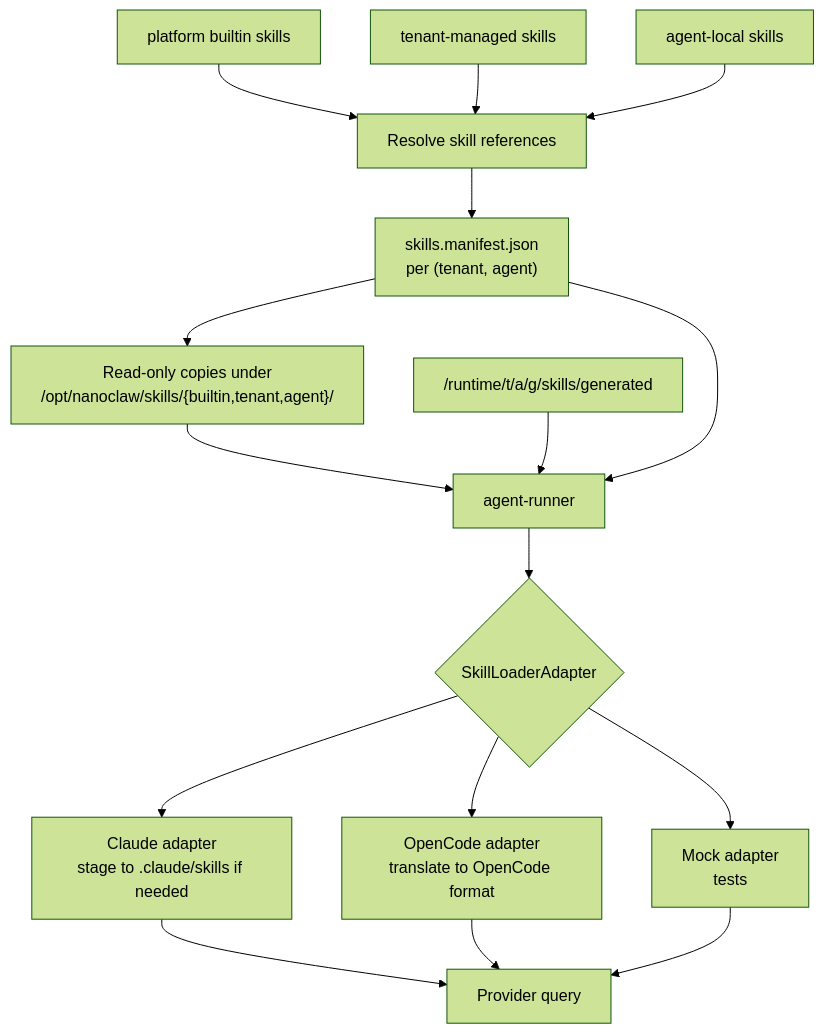
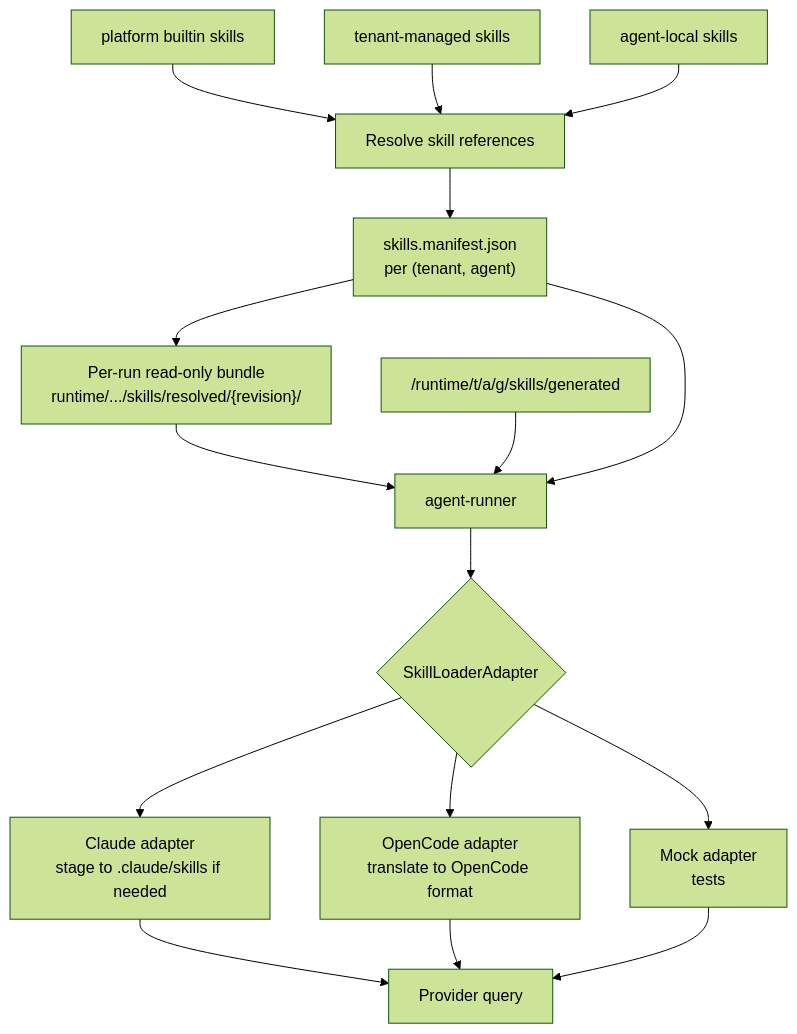
Before and after one commit to xi-qian/nanoclaw: the fifth of 6 diagrams in docs/runtime-rework/TARGET_ARCHITECTURE_DETAILS.md, drawn with Mermaid (forest theme). The commit also changed other lines of this file and 4 other files, not shown here.

````diff
--- a/docs/runtime-rework/TARGET_ARCHITECTURE_DETAILS.md
+++ b/docs/runtime-rework/TARGET_ARCHITECTURE_DETAILS.md
@@ -402,18 +428,18 @@
 ```mermaid
 flowchart TB
   Builtin["platform builtin skills"] --> Resolve["Resolve skill references"]
   Tenant["tenant-managed skills"] --> Resolve
   Agent["agent-local skills"] --> Resolve
   Resolve --> Manifest["skills.manifest.json<br/>per (tenant, agent)"]
-  Manifest --> Mounts["Read-only copies under<br/>/opt/nanoclaw/skills/{builtin,tenant,agent}/"]
-  Mounts --> Runner["agent-runner"]
+  Manifest --> Bundle["Per-run read-only bundle<br/>runtime/.../skills/resolved/{revision}/"]
+  Bundle --> Runner["agent-runner"]
   Generated["/runtime/t/a/g/skills/generated"] --> Runner
   Manifest --> Runner
   Runner --> Adapter{"SkillLoaderAdapter"}
   Adapter --> Claude["Claude adapter<br/>stage to .claude/skills if needed"]
   Adapter --> OpenCode["OpenCode adapter<br/>translate to OpenCode format"]
   Adapter --> Mock["Mock adapter<br/>tests"]
   Claude --> Provider["Provider query"]
   OpenCode --> Provider
   Mock --> Provider
 ```
````
